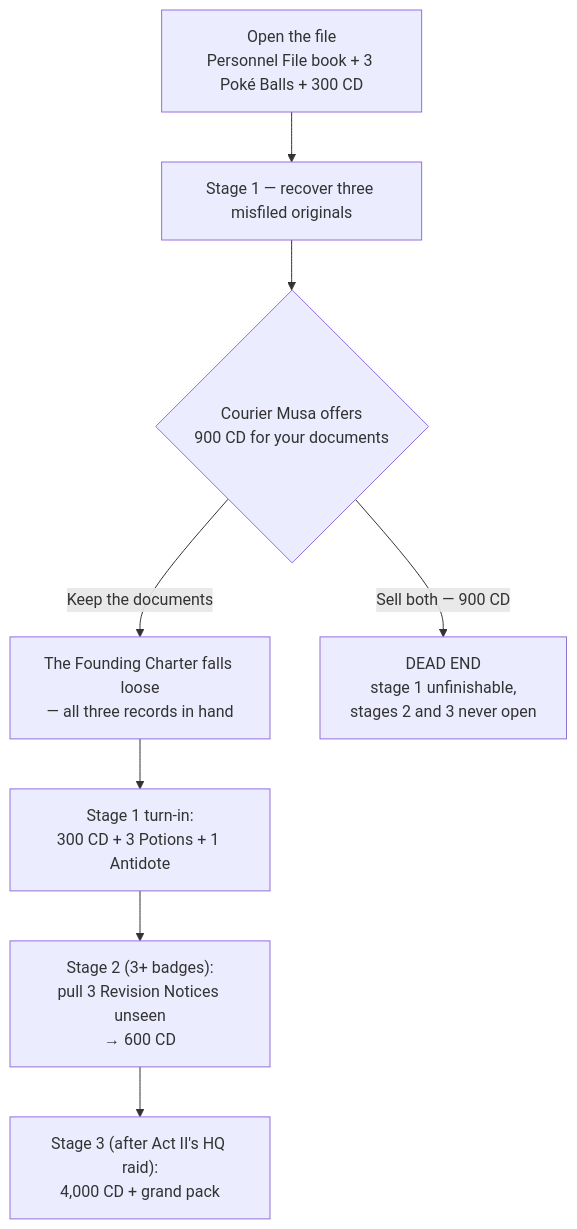
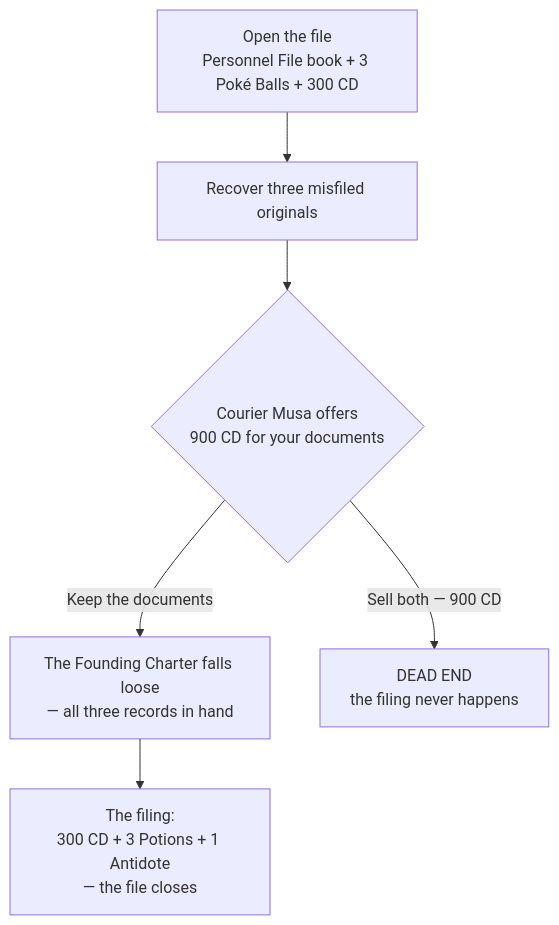
Before and after one commit to The-Company-Inc-Nerds/the-cobblemon-initiative: the diagram in wiki/Quests-Sango-Town.md, drawn with Mermaid. The commit also changed other lines of this file and 309 other files, not shown here.

````diff
--- a/wiki/Quests-Sango-Town.md
+++ b/wiki/Quests-Sango-Town.md
@@ -176,10 +170,8 @@
 ```mermaid
 flowchart TD
-    A["Open the file<br/>Personnel File book + 3 Poké Balls + 300 CD"] --> B["Stage 1 — recover three misfiled originals"]
+    A["Open the file<br/>Personnel File book + 3 Poké Balls + 300 CD"] --> B["Recover three misfiled originals"]
     B --> C{"Courier Musa offers<br/>900 CD for your documents"}
     C -->|"Keep the documents"| D["The Founding Charter falls loose<br/>— all three records in hand"]
-    C -->|"Sell both — 900 CD"| X["DEAD END<br/>stage 1 unfinishable,<br/>stages 2 and 3 never open"]
-    D --> E["Stage 1 turn-in:<br/>300 CD + 3 Potions + 1 Antidote"]
-    E --> F["Stage 2 (3+ badges):<br/>pull 3 Revision Notices unseen<br/>→ 600 CD"]
-    F --> G["Stage 3 (after Act II's HQ raid):<br/>4,000 CD + grand pack"]
+    C -->|"Sell both — 900 CD"| X["DEAD END<br/>the filing never happens"]
+    D --> E["The filing:<br/>300 CD + 3 Potions + 1 Antidote<br/>— the file closes"]
 ```
````
